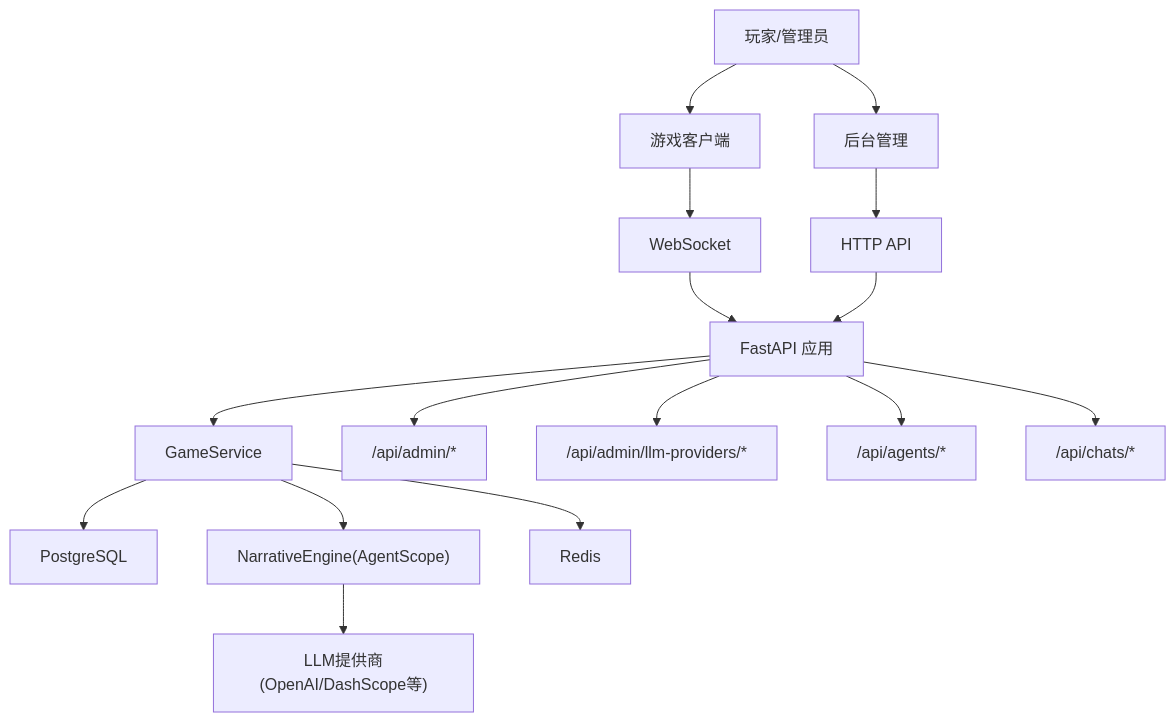
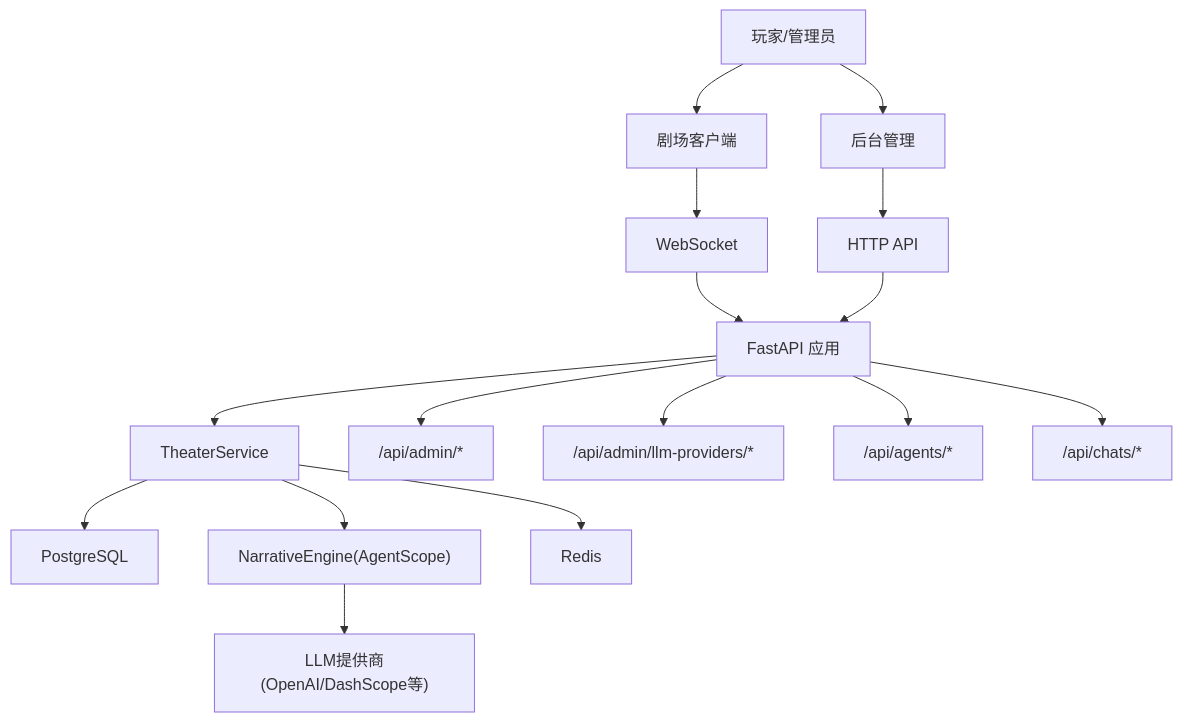
The second of 9 diagrams in .qoder/repowiki/zh/content/项目概述/系统架构设计.md (KunLabAI/KunFlix), drawn with Mermaid before and after one commit. The commit also changed other lines of this file and 112 other files, not shown here.

````diff
--- a/.qoder/repowiki/zh/content/项目概述/系统架构设计.md
+++ b/.qoder/repowiki/zh/content/项目概述/系统架构设计.md
@@ -113,18 +113,18 @@
 ```mermaid
 graph TB
-U["玩家/管理员"] --> GC["游戏客户端"]
+U["玩家/管理员"] --> GC["剧场客户端"]
 U --> AD["后台管理"]
 GC --> WS["WebSocket"]
 AD --> HTTP["HTTP API"]
 WS --> FA["FastAPI 应用"]
 HTTP --> FA
-FA --> SVC["GameService"]
+FA --> SVC["TheaterService"]
 FA --> RT_ADM["/api/admin/*"]
 FA --> RT_LLM["/api/admin/llm-providers/*"]
 FA --> RT_AGT["/api/agents/*"]
 FA --> RT_CHAT["/api/chats/*"]
 SVC --> DB["PostgreSQL"]
 SVC --> NE["NarrativeEngine(AgentScope)"]
 NE --> LLM["LLM提供商(OpenAI/DashScope等)"]
 SVC --> RDS["Redis"]
 ```
````
